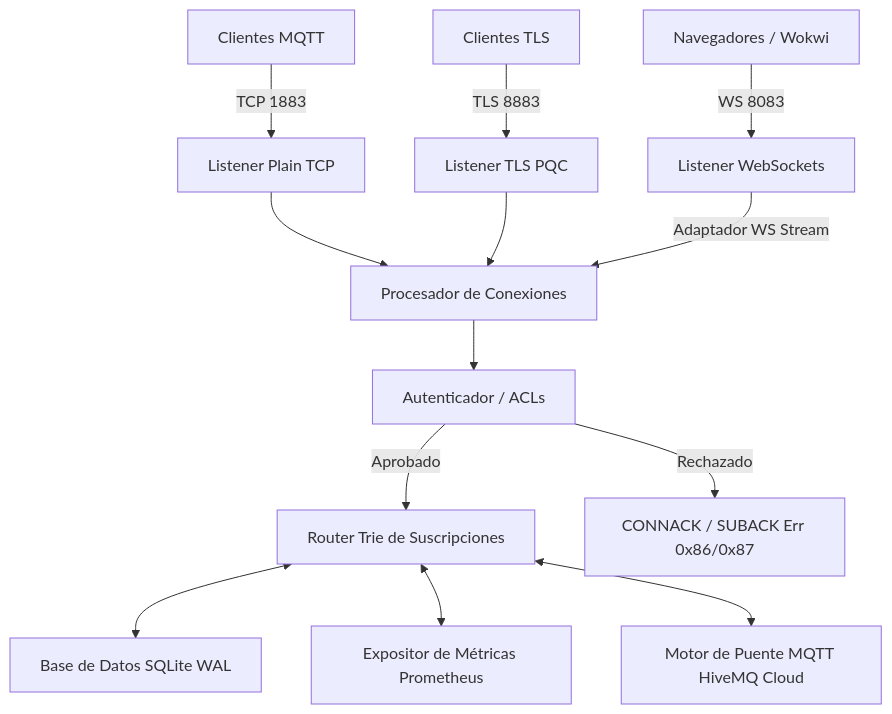
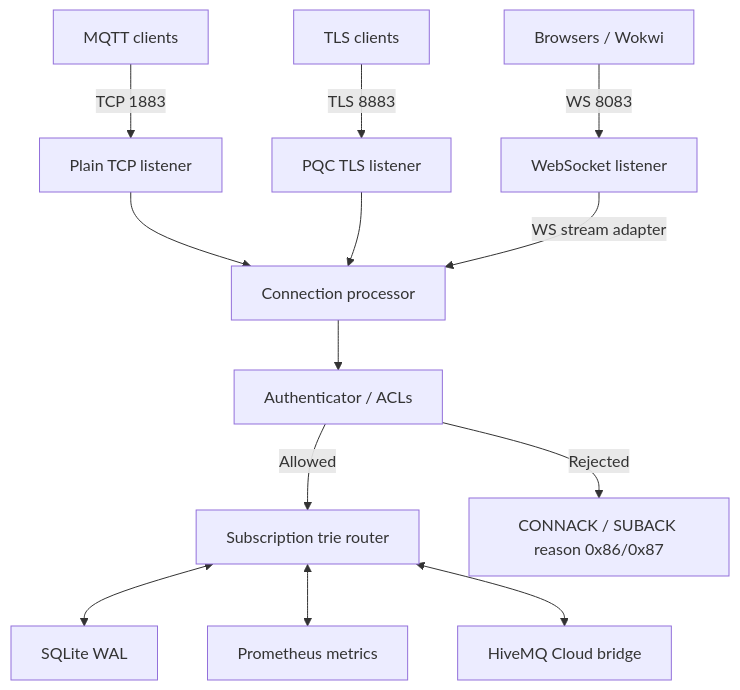
The diagram in README.md (DaosPath/Pipistrelle), drawn with Mermaid before and after one commit. The commit also changed other lines of this file and 1 other file, not shown here.

````diff
--- a/README.md
+++ b/README.md
@@ -71,18 +71,18 @@
 ```mermaid
 graph TD
-    A[Clientes MQTT] -->|TCP 1883| B[Listener Plain TCP]
-    C[Clientes TLS] -->|TLS 8883| D[Listener TLS PQC]
-    E[Navegadores / Wokwi] -->|WS 8083| F[Listener WebSockets]
-    
-    B --> G[Procesador de Conexiones]
+    A[MQTT clients] -->|TCP 1883| B[Plain TCP listener]
+    C[TLS clients] -->|TLS 8883| D[PQC TLS listener]
+    E[Browsers / Wokwi] -->|WS 8083| F[WebSocket listener]
+
+    B --> G[Connection processor]
     D --> G
-    F -->|Adaptador WS Stream| G
-    
-    G --> H[Autenticador / ACLs]
-    H -->|Aprobado| I[Router Trie de Suscripciones]
-    H -->|Rechazado| J[CONNACK / SUBACK Err 0x86/0x87]
-    
-    I <--> K[Base de Datos SQLite WAL]
-    I <--> L[Expositor de Métricas Prometheus]
-    I <--> M[Motor de Puente MQTT HiveMQ Cloud]
+    F -->|WS stream adapter| G
+
+    G --> H[Authenticator / ACLs]
+    H -->|Allowed| I[Subscription trie router]
+    H -->|Rejected| J[CONNACK / SUBACK reason 0x86/0x87]
+
+    I <--> K[SQLite WAL]
+    I <--> L[Prometheus metrics]
+    I <--> M[HiveMQ Cloud bridge]
 ```
````
